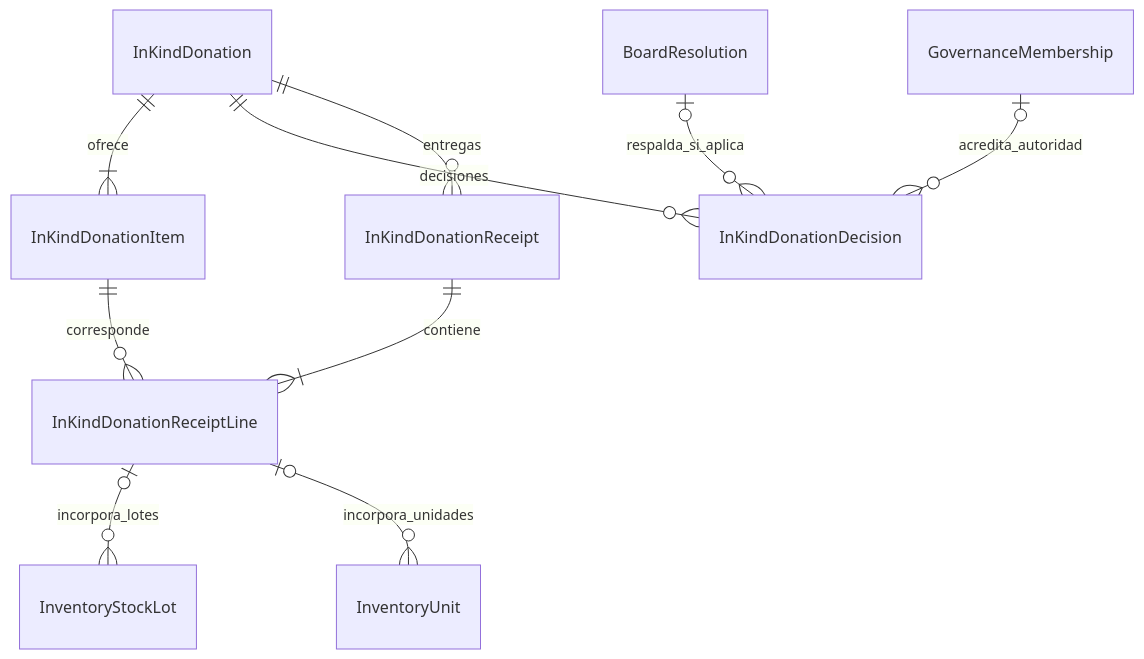
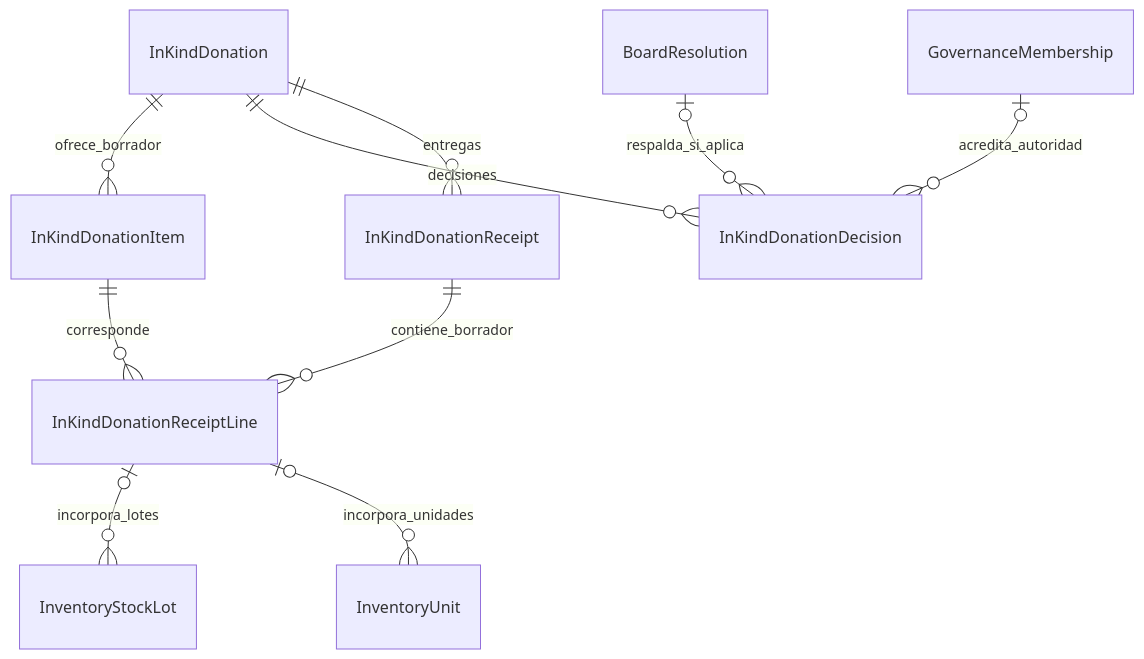
The first of 2 diagrams in docs/architecture/v2/checkpoints/9.2C-donaciones.md (DanielMarchenaMatarrita/sgi-adi-curime-26), drawn with Mermaid before and after one commit. The commit also changed other lines of this file and 12 other files, not shown here.

````diff
--- a/docs/architecture/v2/checkpoints/9.2C-donaciones.md
+++ b/docs/architecture/v2/checkpoints/9.2C-donaciones.md
@@ -8,12 +8,12 @@
 ```mermaid
 erDiagram
-    InKindDonation ||--|{ InKindDonationItem : ofrece
+    InKindDonation ||--o{ InKindDonationItem : ofrece_borrador
     InKindDonation ||--o{ InKindDonationDecision : decisiones
     InKindDonation ||--o{ InKindDonationReceipt : entregas
-    InKindDonationReceipt ||--|{ InKindDonationReceiptLine : contiene
+    InKindDonationReceipt ||--o{ InKindDonationReceiptLine : contiene_borrador
     InKindDonationItem ||--o{ InKindDonationReceiptLine : corresponde
     BoardResolution o|--o{ InKindDonationDecision : respalda_si_aplica
     GovernanceMembership o|--o{ InKindDonationDecision : acredita_autoridad
     InKindDonationReceiptLine o|--o{ InventoryStockLot : incorpora_lotes
     InKindDonationReceiptLine o|--o{ InventoryUnit : incorpora_unidades
 ```
````
